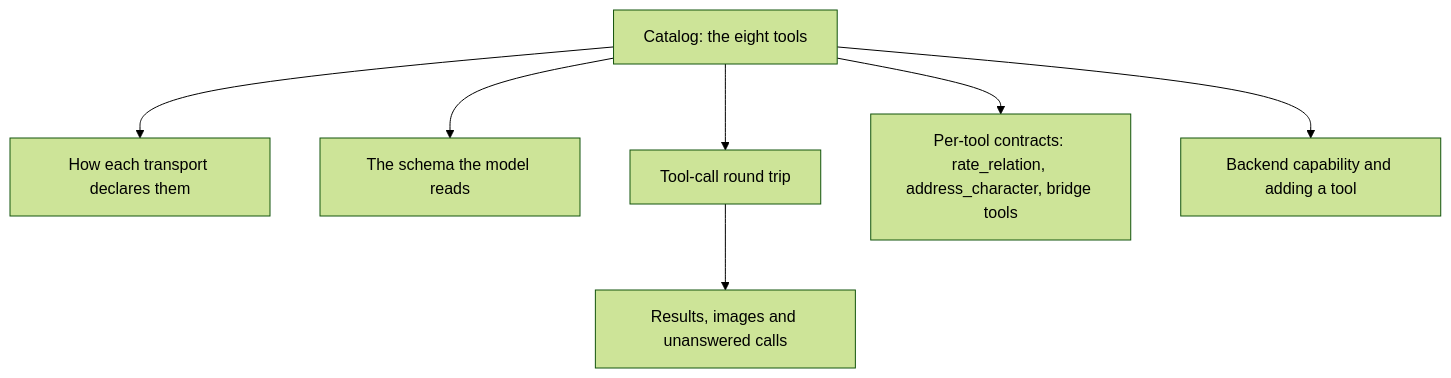
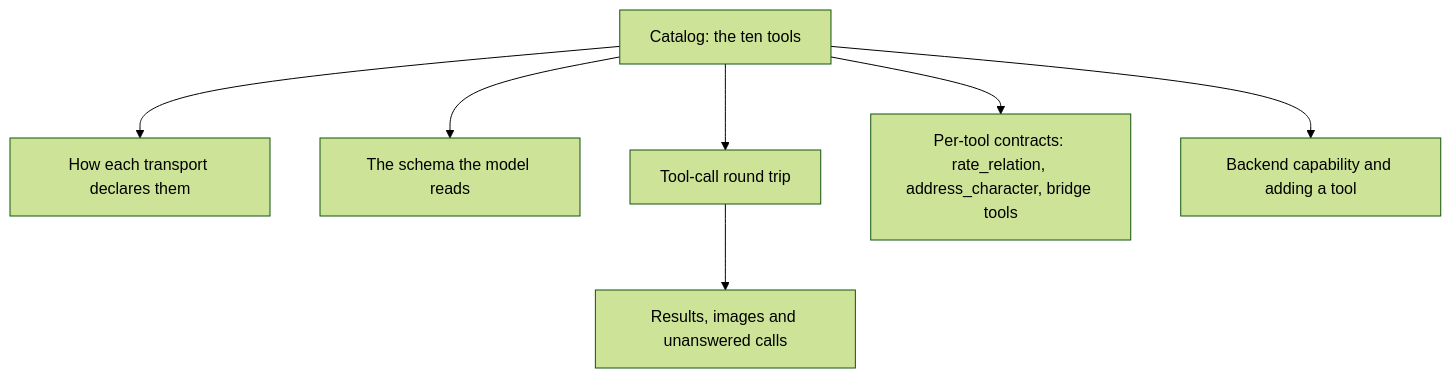
One commit to yw0nam/YUI changed the first of 3 diagrams in docs/reference/client-tools.md. Above: the diagram before and after it, drawn with Mermaid (forest theme). The commit also changed other lines of this file and 239 other files, not shown here.

````diff
--- a/docs/reference/client-tools.md
+++ b/docs/reference/client-tools.md
@@ -8,9 +8,9 @@
 ```mermaid
 flowchart TB
-  A["Catalog: the eight tools"] --> B["How each transport declares them"]
+  A["Catalog: the ten tools"] --> B["How each transport declares them"]
   A --> C["The schema the model reads"]
   A --> D["Tool-call round trip"]
   D --> E["Results, images and unanswered calls"]
   A --> F["Per-tool contracts: rate_relation, address_character, bridge tools"]
   A --> G["Backend capability and adding a tool"]
 ```
````
